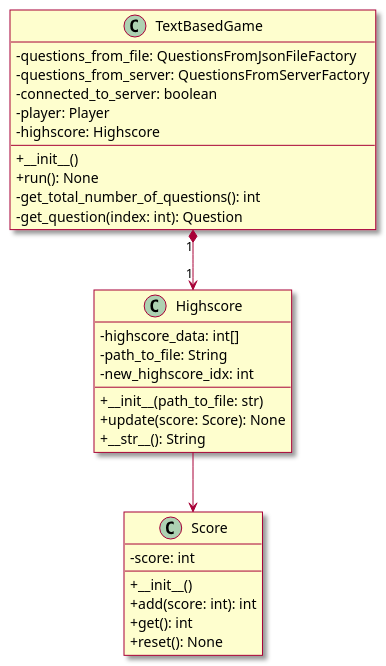
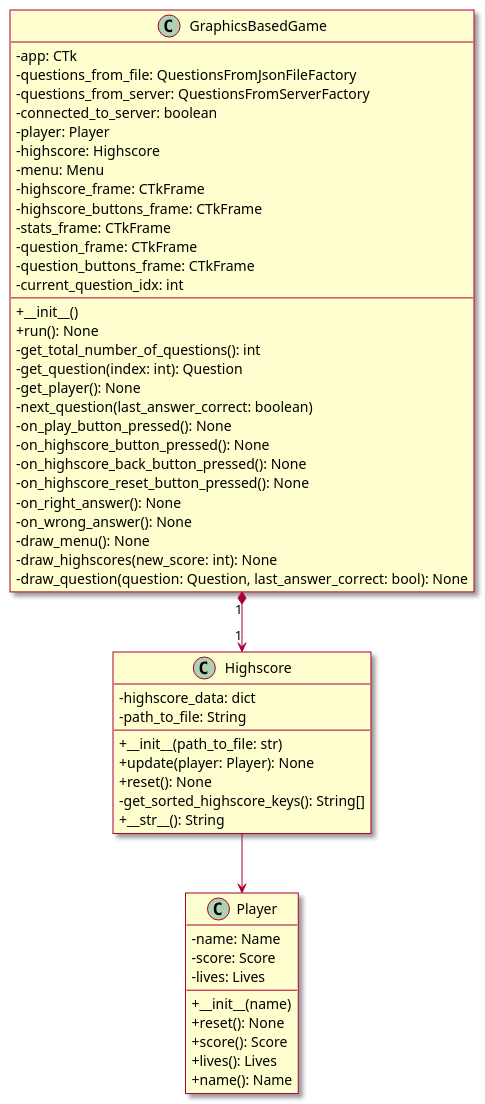
Before and after one commit to killuari/quiz_game_ctk: the diagram in diagrams/highscore_class_diagram.puml, drawn with PlantUML. The commit also changed 4 other files, not shown here.

Commit message:
Adjust highscore UML diagrams

```diff
--- a/diagrams/highscore_class_diagram.puml
+++ b/diagrams/highscore_class_diagram.puml
@@ -1,39 +1,62 @@
 @startuml
 hide empty members
 skin rose
 skinparam classAttributeIconSize 0
 
 class Highscore {
-    - highscore_data: int[]
+    - highscore_data: dict
     - path_to_file: String
-    - new_highscore_idx: int
     + __init__(path_to_file: str)
-    + update(score: Score): None
+    + update(player: Player): None
+    + reset(): None
+    - get_sorted_highscore_keys(): String[]
     + __str__(): String
 }
 
-class Score {
-    - score: int
-    + __init__()
-    + add(score: int): int
-    + get(): int
+class Player {
+    + __init__(name)
     + reset(): None
+    + score(): Score
+    + lives(): Lives
+    + name(): Name
+    - name: Name
+    - score: Score
+    - lives: Lives
 }
 
-class TextBasedGame {
+class GraphicsBasedGame {
+    - app: CTk
     - questions_from_file: QuestionsFromJsonFileFactory
     - questions_from_server: QuestionsFromServerFactory
     - connected_to_server: boolean
     - player: Player
     - highscore: Highscore
+    - menu: Menu
+    - highscore_frame: CTkFrame
+    - highscore_buttons_frame: CTkFrame
+    - stats_frame: CTkFrame
+    - question_frame: CTkFrame
+    - question_buttons_frame: CTkFrame
+    - current_question_idx: int
     + __init__()
     + run(): None
     - get_total_number_of_questions(): int
     - get_question(index: int): Question
+    - get_player(): None
+    - next_question(last_answer_correct: boolean)
+    - on_play_button_pressed(): None
+    - on_highscore_button_pressed(): None
+    - on_highscore_back_button_pressed(): None
+    - on_highscore_reset_button_pressed(): None
+    - on_right_answer(): None
+    - on_wrong_answer(): None
+    - draw_menu(): None
+    - draw_highscores(new_score: int): None
+    - draw_question(question: Question, last_answer_correct: bool): None
 
 }
 
-Highscore --> Score
-TextBasedGame "1" *--> "1" Highscore
+Highscore --> Player
+GraphicsBasedGame "1" *--> "1" Highscore
 
 @enduml
```
